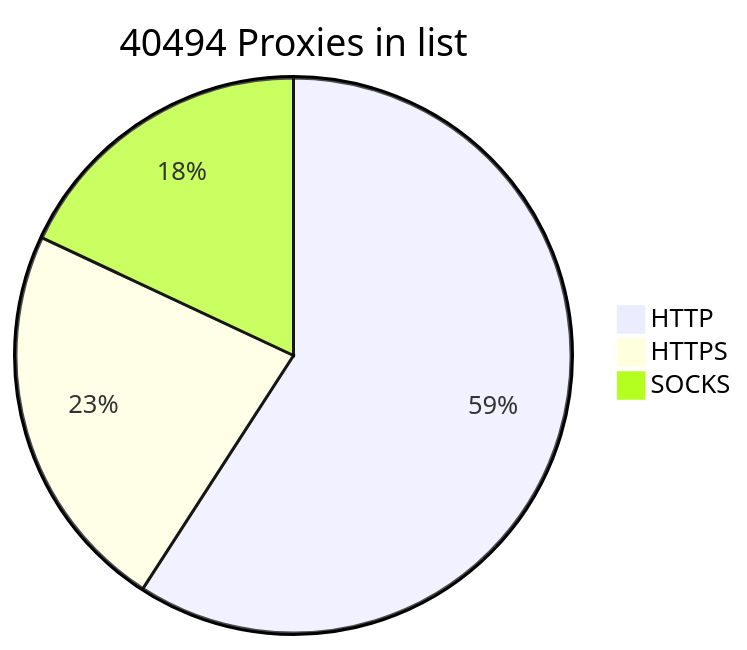
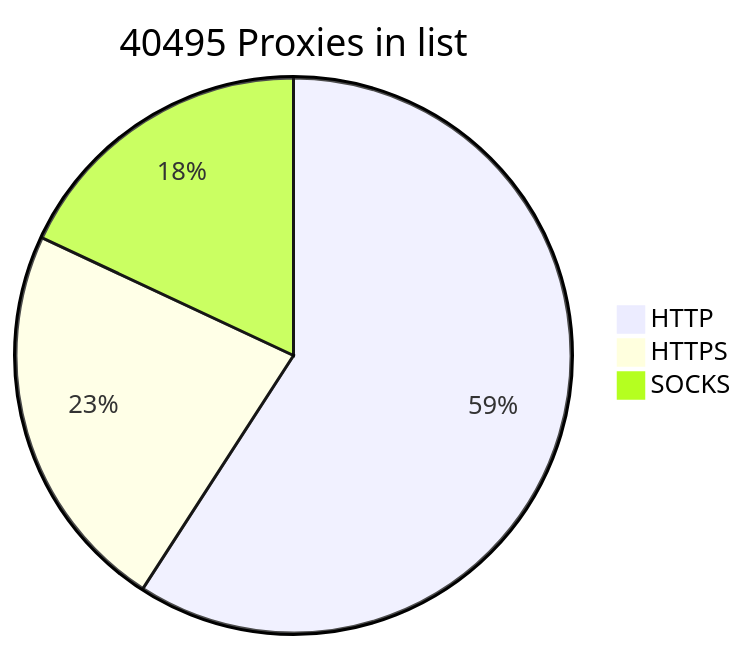
Before and after one commit to BlackSnowDot/proxylist-update-every-minute: the diagram in README.md, drawn with Mermaid.

````diff
--- a/README.md
+++ b/README.md
@@ -2,6 +2,6 @@
 ```mermaid
-pie title 40494 Proxies in list
-    "HTTP" : 28212
-    "HTTPS": 10898
-    "SOCKS" : 8601
+pie title 40495 Proxies in list
+    "HTTP" : 28213
+    "HTTPS": 10897
+    "SOCKS" : 8602
 ```
````
